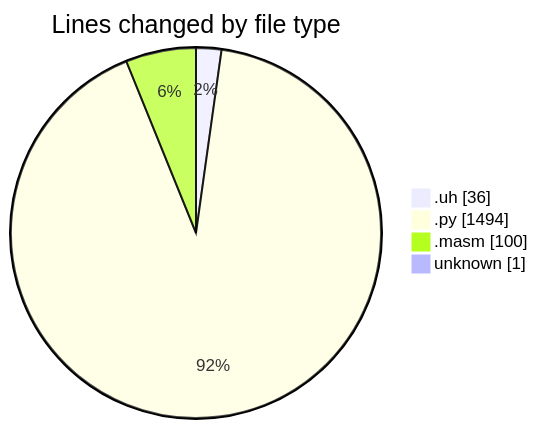
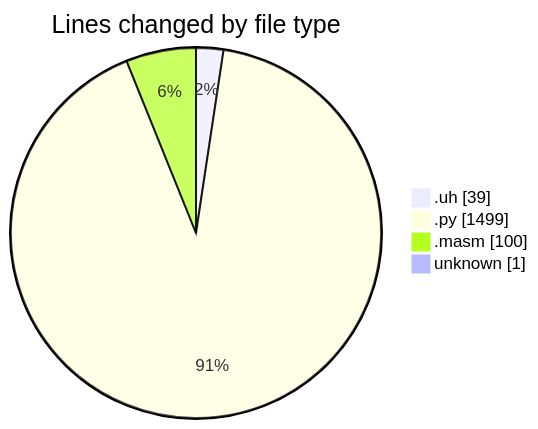
One commit to charlie-sans/code-tracking changed the first of 2 diagrams in 2025-04-29/uhigh-lang/README.md. Above: the diagram before and after it, drawn with Mermaid. The commit also changed other lines of this file and 1 other file, not shown here.

````diff
--- a/2025-04-29/uhigh-lang/README.md
+++ b/2025-04-29/uhigh-lang/README.md
@@ -26,8 +26,8 @@
 ```mermaid
 pie showData
 title Lines changed by file type
-".uh" : 36
-".py" : 1494
+".uh" : 39
+".py" : 1499
 ".masm" : 100
 "unknown" : 1
 ```
````
